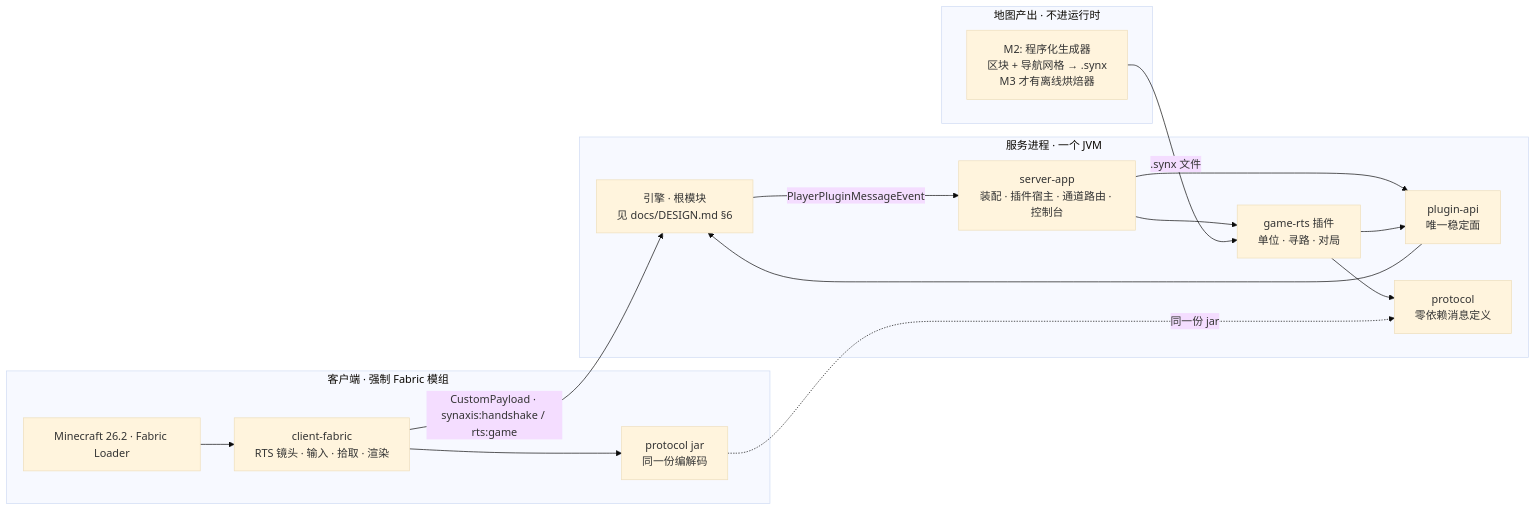
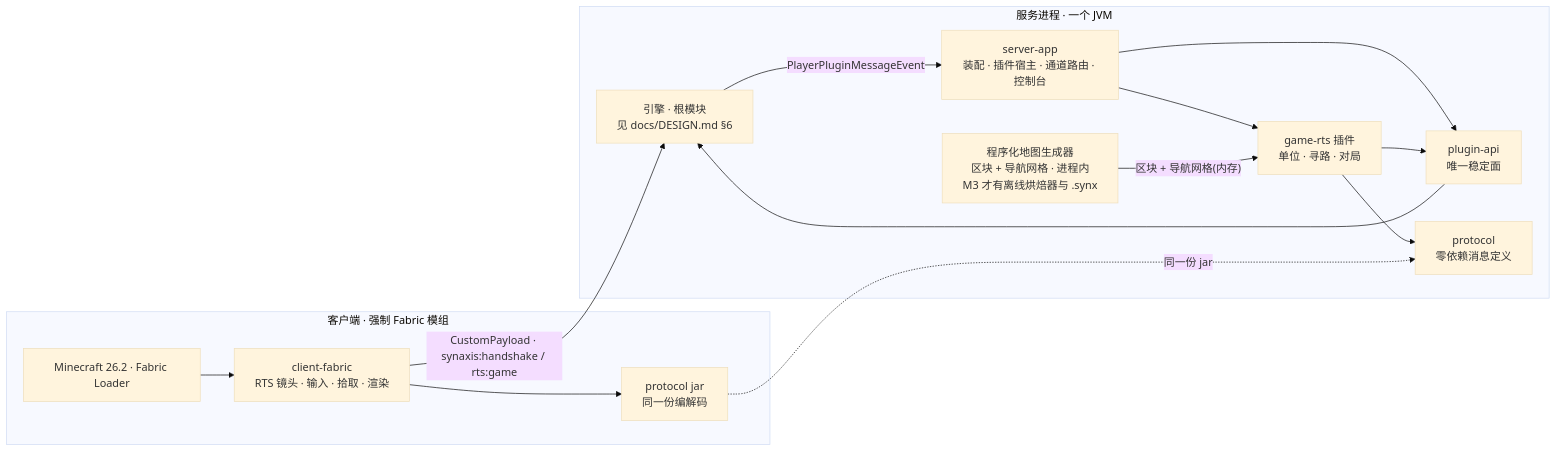
Before and after one commit to Bearisbug/synaxis: the first of 9 diagrams in docs/DESIGN-M2.md, drawn with Mermaid (base theme). The commit also changed other lines of this file and 1 other file, not shown here.

````diff
--- a/docs/DESIGN-M2.md
+++ b/docs/DESIGN-M2.md
@@ -128,29 +132,27 @@
 ```mermaid
 flowchart LR
   subgraph client[客户端 · 强制 Fabric 模组]
     mc[Minecraft 26.2 · Fabric Loader]
     mod[client-fabric<br/>RTS 镜头 · 输入 · 拾取 · 渲染]
     proto_c[protocol jar<br/>同一份编解码]
   end
   subgraph server[服务进程 · 一个 JVM]
     app[server-app<br/>装配 · 插件宿主 · 通道路由 · 控制台]
     papi[plugin-api<br/>唯一稳定面]
     rts[game-rts 插件<br/>单位 · 寻路 · 对局]
     proto_s[protocol<br/>零依赖消息定义]
+    gen[程序化地图生成器<br/>区块 + 导航网格 · 进程内<br/>M3 才有离线烘焙器与 .synx]
     engine[引擎 · 根模块<br/>见 docs/DESIGN.md §6]
-  end
-  subgraph offline[地图产出 · 不进运行时]
-    baker[M2: 程序化生成器<br/>区块 + 导航网格 → .synx<br/>M3 才有离线烘焙器]
   end
   mc --> mod
   mod --> proto_c
   mod -- "CustomPayload · synaxis:handshake / rts:game" --> engine
   engine -- "PlayerPluginMessageEvent" --> app
   app --> papi
   app --> rts
   rts --> papi
   papi --> engine
   rts --> proto_s
   proto_c -. "同一份 jar" .-> proto_s
-  baker -- ".synx 文件" --> rts
+  gen -- "区块 + 导航网格(内存)" --> rts
 ```
````
